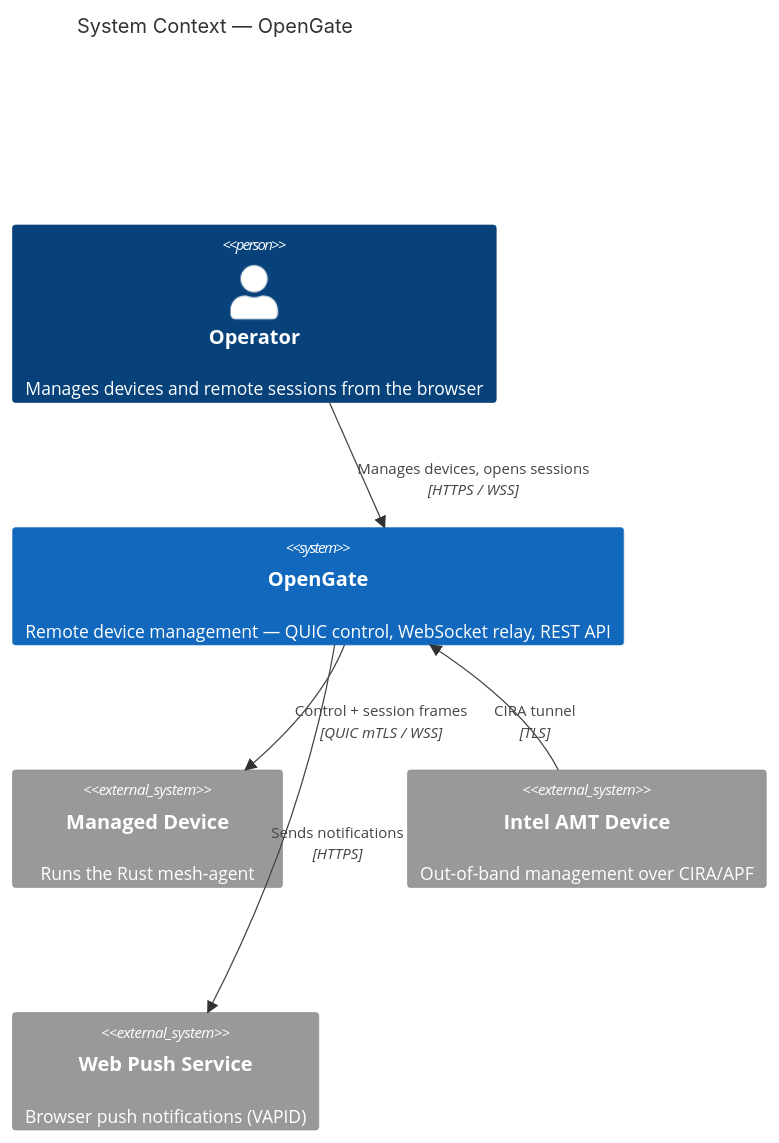
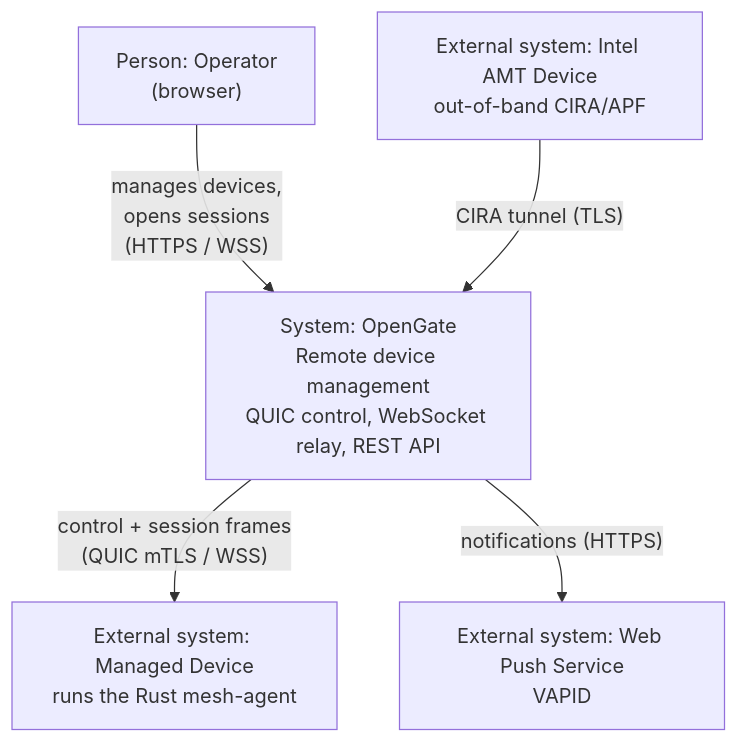
Before and after one commit to volchanskyi/opengate: the first of 5 diagrams in docs/Architecture.md, drawn with Mermaid. The commit also changed other lines of this file and 4 other files, not shown here.

First line of the commit message:
docs(diagrams): fall back C4 to flowchart; wrap clipped flowchart labels

````diff
--- a/docs/Architecture.md
+++ b/docs/Architecture.md
@@ -19,14 +21,13 @@
 ```mermaid
-C4Context
-  title System Context — OpenGate
-  Person(operator, "Operator", "Manages devices and remote sessions from the browser")
-  System(opengate, "OpenGate", "Remote device management — QUIC control, WebSocket relay, REST API")
-  System_Ext(device, "Managed Device", "Runs the Rust mesh-agent")
-  System_Ext(amt, "Intel AMT Device", "Out-of-band management over CIRA/APF")
-  System_Ext(push, "Web Push Service", "Browser push notifications (VAPID)")
+flowchart TB
+  operator["Person: Operator<br/>(browser)"]
+  opengate["System: OpenGate<br/>Remote device management<br/>QUIC control, WebSocket relay, REST API"]
+  device["External system: Managed Device<br/>runs the Rust mesh-agent"]
+  amt["External system: Intel AMT Device<br/>out-of-band CIRA/APF"]
+  push["External system: Web Push Service<br/>VAPID"]
 
-  Rel(operator, opengate, "Manages devices, opens sessions", "HTTPS / WSS")
-  Rel(opengate, device, "Control + session frames", "QUIC mTLS / WSS")
-  Rel(amt, opengate, "CIRA tunnel", "TLS")
-  Rel(opengate, push, "Sends notifications", "HTTPS")
+  operator -->|"manages devices,<br/>opens sessions<br/>(HTTPS / WSS)"| opengate
+  opengate -->|"control + session frames<br/>(QUIC mTLS / WSS)"| device
+  amt -->|"CIRA tunnel (TLS)"| opengate
+  opengate -->|"notifications (HTTPS)"| push
 ```
````
